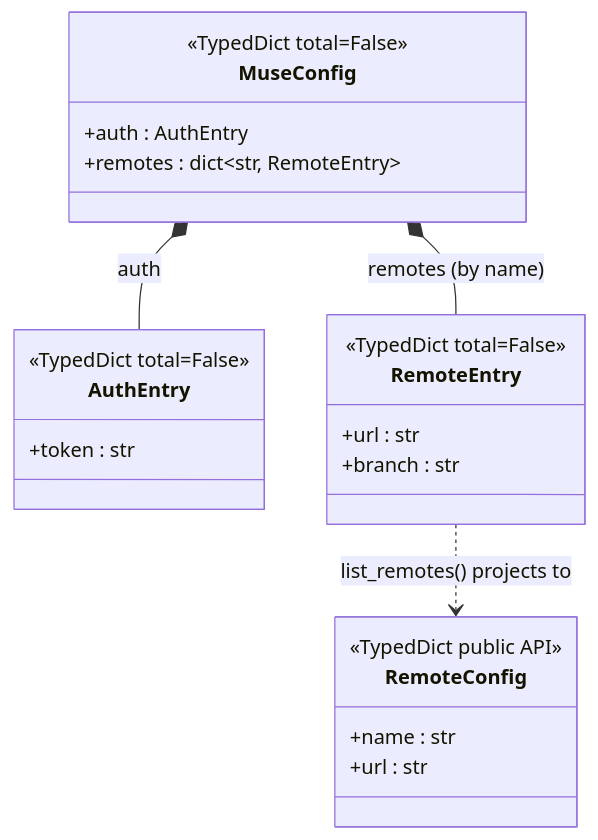
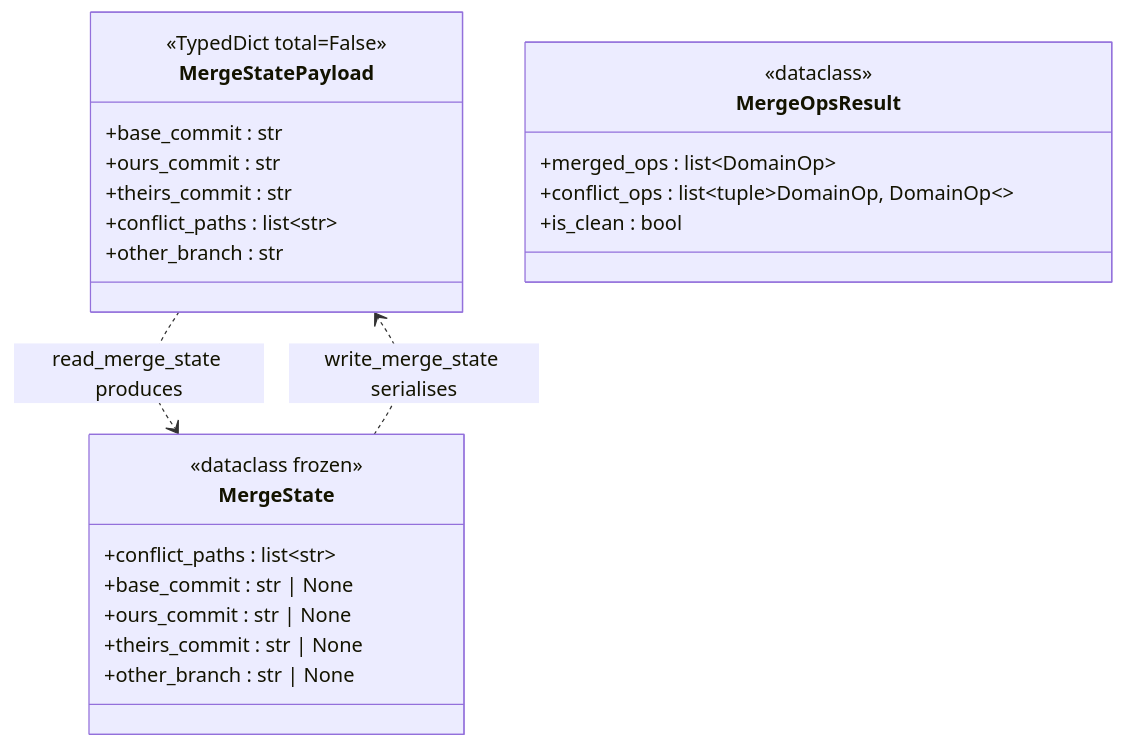
The seventh of 11 diagrams in docs/reference/type-contracts.md (cgcardona/muse), drawn with Mermaid before and after one commit. The commit also changed other lines of this file, not shown here.

````diff
--- a/docs/reference/type-contracts.md
+++ b/docs/reference/type-contracts.md
@@ -1088,26 +1992,28 @@
 ```mermaid
 classDiagram
-    class MuseConfig {
+    class MergeStatePayload {
         <<TypedDict total=False>>
-        +auth : AuthEntry
-        +remotes : dict~str, RemoteEntry~
+        +base_commit : str
+        +ours_commit : str
+        +theirs_commit : str
+        +conflict_paths : list~str~
+        +other_branch : str
     }
-    class AuthEntry {
-        <<TypedDict total=False>>
-        +token : str
+    class MergeState {
+        <<dataclass frozen>>
+        +conflict_paths : list~str~
+        +base_commit : str | None
+        +ours_commit : str | None
+        +theirs_commit : str | None
+        +other_branch : str | None
     }
-    class RemoteEntry {
-        <<TypedDict total=False>>
-        +url : str
-        +branch : str
-    }
-    class RemoteConfig {
-        <<TypedDict public API>>
-        +name : str
-        +url : str
+    class MergeOpsResult {
+        <<dataclass>>
+        +merged_ops : list~DomainOp~
+        +conflict_ops : list~tuple~DomainOp, DomainOp~~
+        +is_clean : bool
     }
 
-    MuseConfig *-- AuthEntry : auth
-    MuseConfig *-- RemoteEntry : remotes (by name)
-    RemoteEntry ..> RemoteConfig : list_remotes() projects to
+    MergeStatePayload ..> MergeState : read_merge_state produces
+    MergeState ..> MergeStatePayload : write_merge_state serialises
 ```
````
